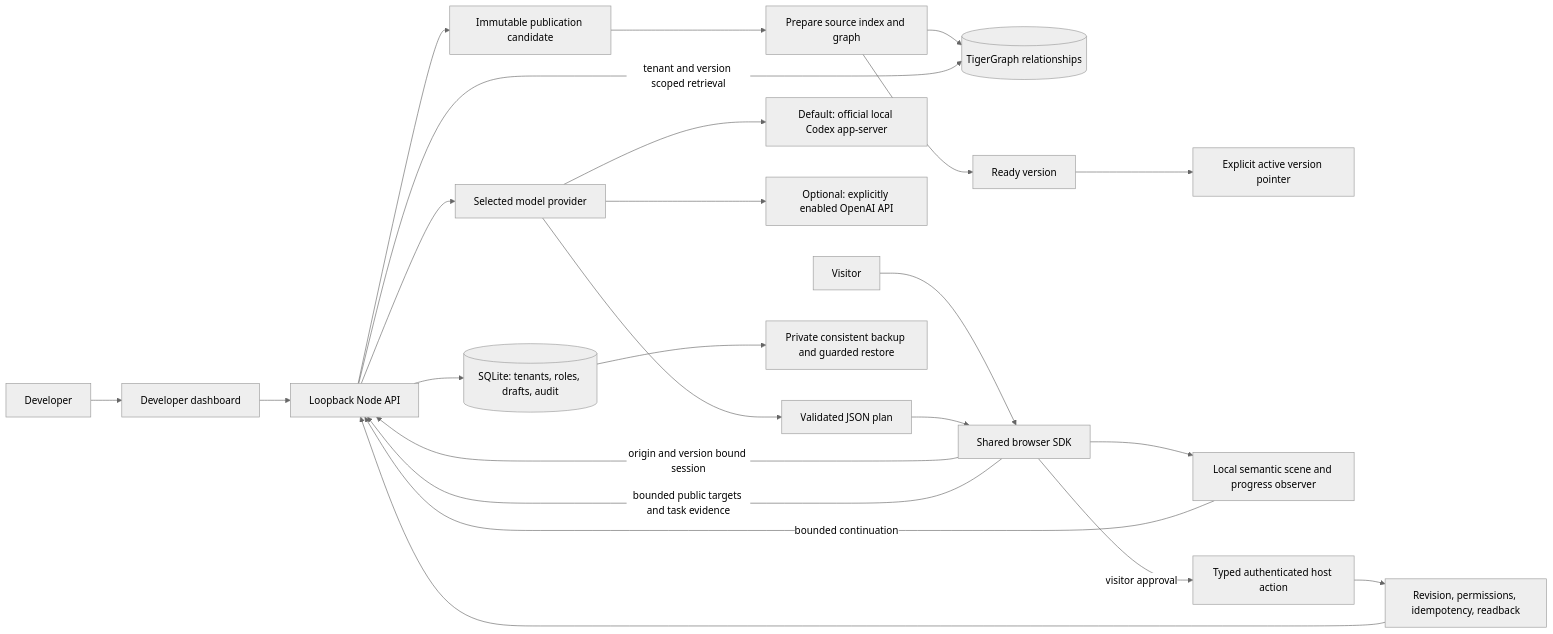
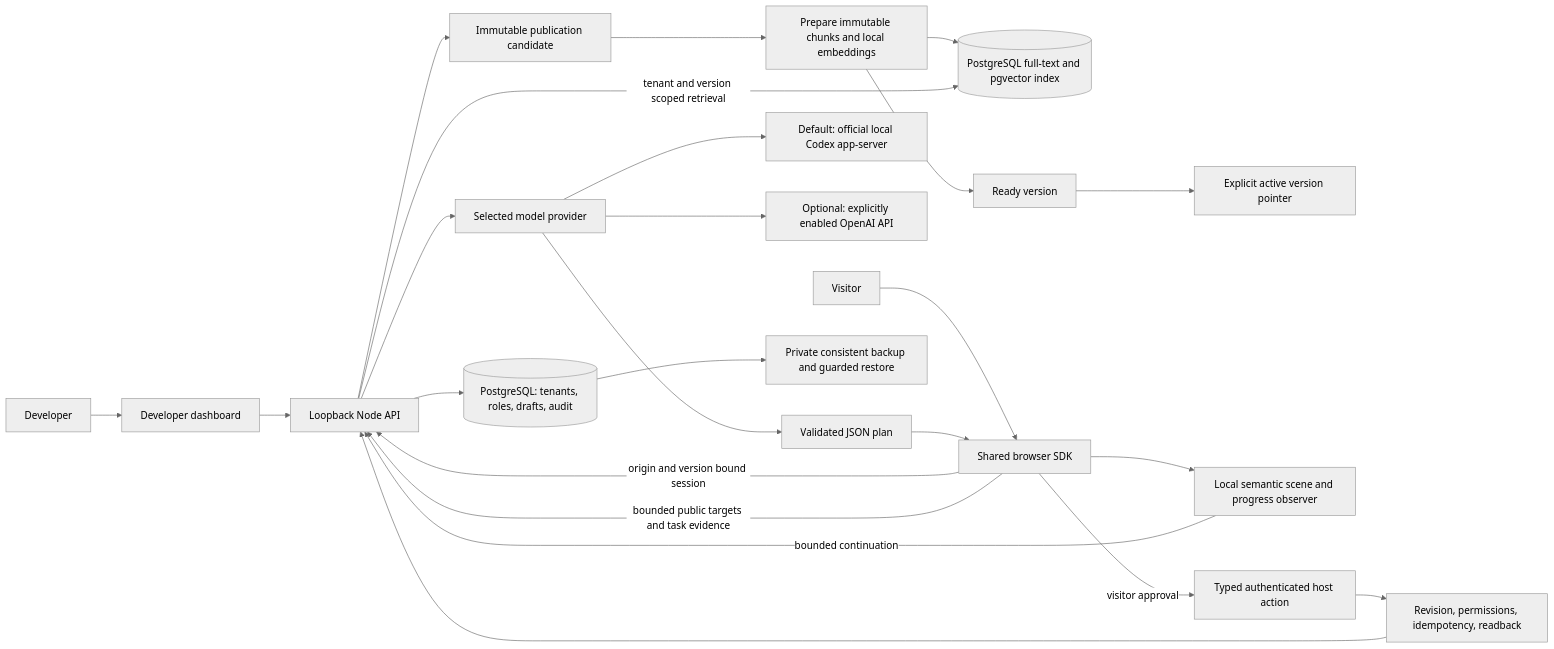
Before and after one commit to Nithesh8678/guidekit: the diagram in docs/architecture.md, drawn with Mermaid (neutral theme). The commit also changed 4 other files, not shown here.

Commit message:
Document the startup data architecture and guarded PostgreSQL cutover

````diff
--- a/docs/architecture.md
+++ b/docs/architecture.md
@@ -3,26 +3,26 @@
 ```mermaid
 flowchart LR
   Developer --> Dashboard[Developer dashboard]
   Dashboard --> API[Loopback Node API]
-  API --> DB[(SQLite: tenants, roles, drafts, audit)]
+  API --> DB[(PostgreSQL: tenants, roles, drafts, audit)]
   API --> Candidate[Immutable publication candidate]
-  Candidate --> Prepare[Prepare source index and graph]
-  Prepare --> Graph[(TigerGraph relationships)]
+  Candidate --> Prepare[Prepare immutable chunks and local embeddings]
+  Prepare --> Graph[(PostgreSQL full-text and pgvector index)]
   Prepare --> Ready[Ready version]
   Ready --> Active[Explicit active version pointer]
   Visitor --> SDK[Shared browser SDK]
   SDK -->|origin and version bound session| API
   SDK -->|bounded public targets and task evidence| API
   API -->|tenant and version scoped retrieval| Graph
   API --> Runtime[Selected model provider]
   Runtime --> Local[Default: official local Codex app-server]
   Runtime --> Hosted[Optional: explicitly enabled OpenAI API]
   Runtime --> Plan[Validated JSON plan]
   Plan --> SDK
   SDK --> Observe[Local semantic scene and progress observer]
   Observe -->|bounded continuation| API
   SDK -->|visitor approval| Host[Typed authenticated host action]
   Host --> Verify[Revision, permissions, idempotency, readback]
   Verify --> API
   DB --> Backup[Private consistent backup and guarded restore]
 ```
````
